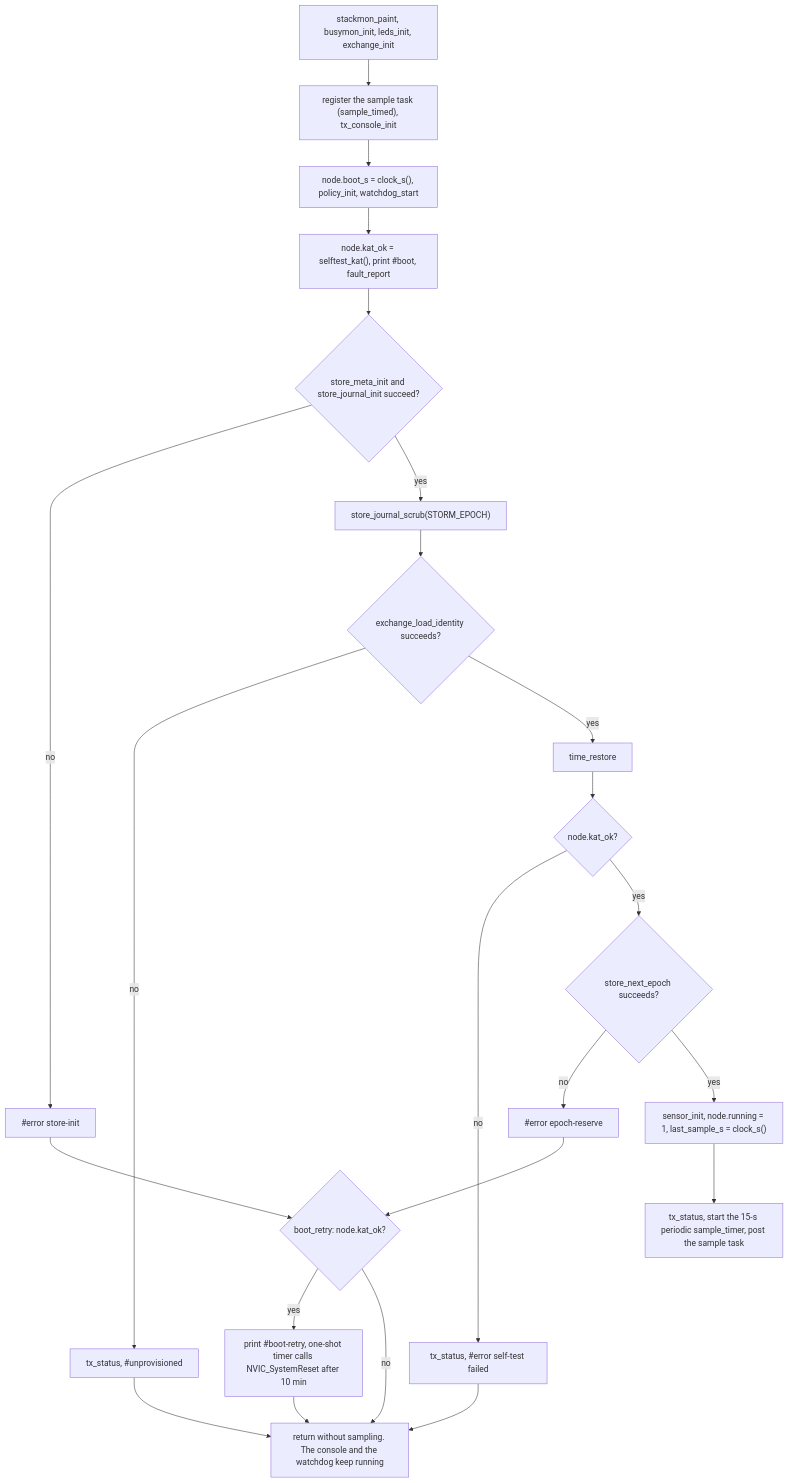
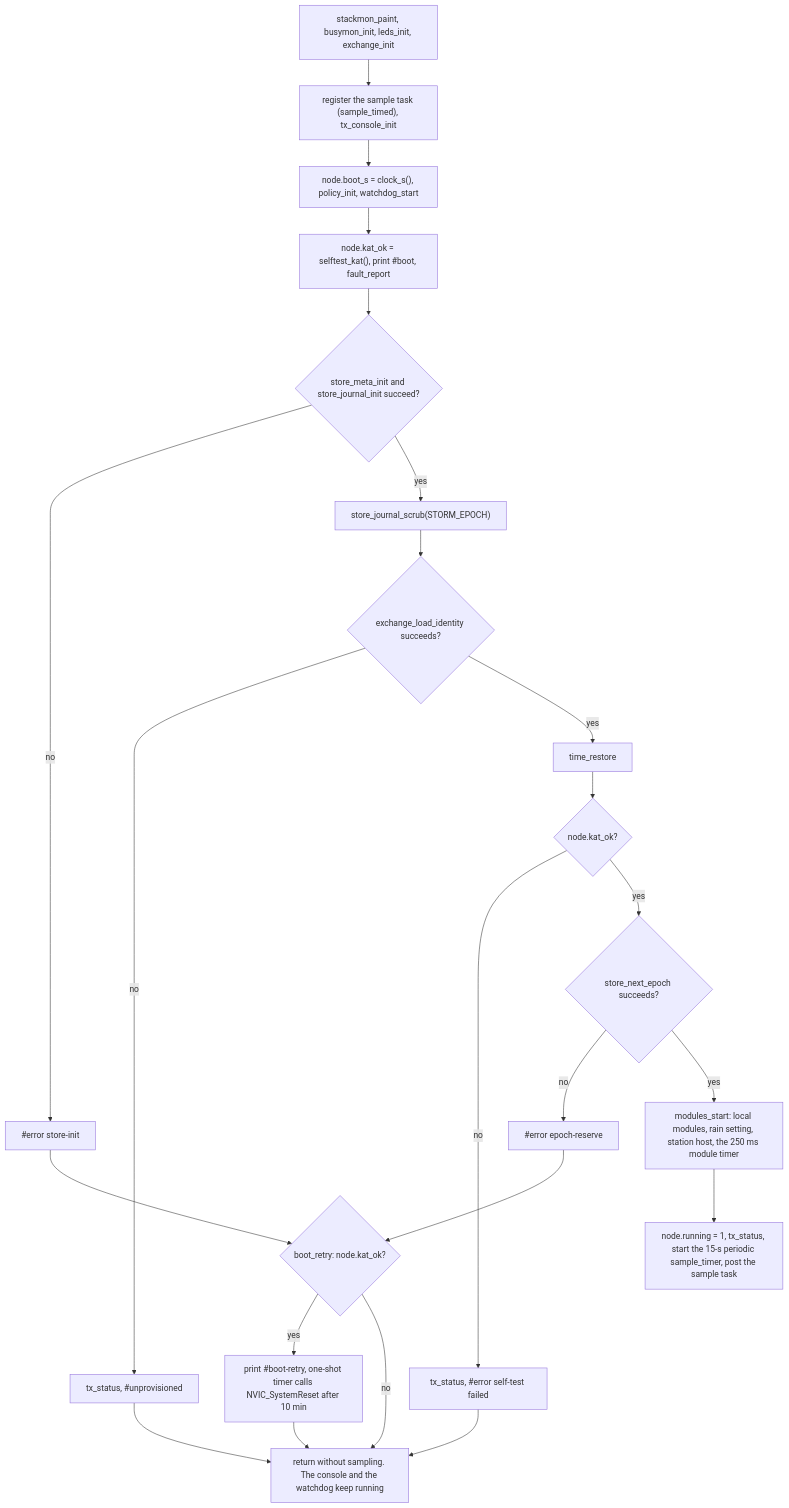
One commit to clintecker/weather-station-2026 changed the first of 4 diagrams in firmware/stage0-node/App/app_tx.lit.md. Above: the diagram before and after it, drawn with Mermaid. The commit also changed other lines of this file and 32 other files, not shown here.

First line of the commit message:
TX firmware on WSMP local modules, mapped onto today's catalog

````diff
--- a/firmware/stage0-node/App/app_tx.lit.md
+++ b/firmware/stage0-node/App/app_tx.lit.md
@@ -56,25 +59,25 @@
 ```mermaid
 flowchart TD
   A["stackmon_paint, busymon_init, leds_init, exchange_init"] --> B["register the sample task (sample_timed), tx_console_init"]
   B --> C["node.boot_s = clock_s(), policy_init, watchdog_start"]
   C --> D["node.kat_ok = selftest_kat(), print #boot, fault_report"]
   D --> E{"store_meta_init and store_journal_init succeed?"}
   E -- no --> E1["#error store-init"]
   E -- yes --> F["store_journal_scrub(STORM_EPOCH)"]
   F --> G{"exchange_load_identity succeeds?"}
   G -- no --> G1["tx_status, #unprovisioned"]
   G -- yes --> H["time_restore"]
   H --> I{"node.kat_ok?"}
   I -- no --> I1["tx_status, #error self-test failed"]
   I -- yes --> J{"store_next_epoch succeeds?"}
   J -- no --> J1["#error epoch-reserve"]
-  J -- yes --> K["sensor_init, node.running = 1, last_sample_s = clock_s()"]
-  K --> L["tx_status, start the 15-s periodic sample_timer, post the sample task"]
+  J -- yes --> K["modules_start: local modules, rain setting, station host, the 250 ms module timer"]
+  K --> L["node.running = 1, tx_status, start the 15-s periodic sample_timer, post the sample task"]
   E1 --> R{"boot_retry: node.kat_ok?"}
   J1 --> R
   R -- yes --> R1["print #boot-retry, one-shot timer calls NVIC_SystemReset after 10 min"]
   R -- no --> X["return without sampling. The console and the watchdog keep running"]
   R1 --> X
   G1 --> X
   I1 --> X
 ```
````
